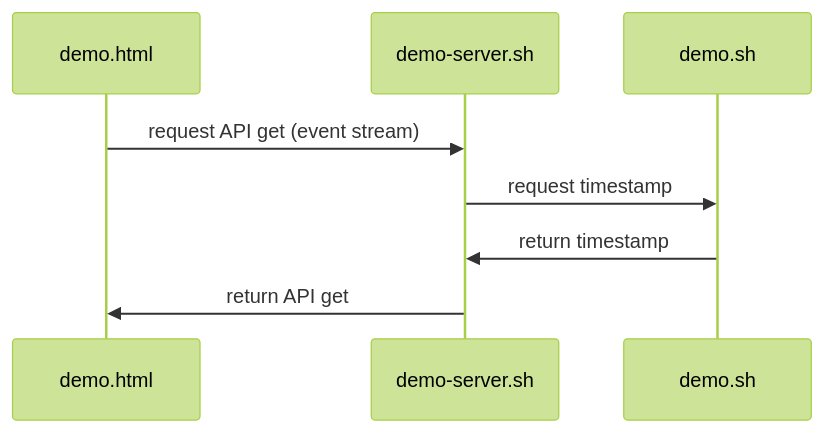
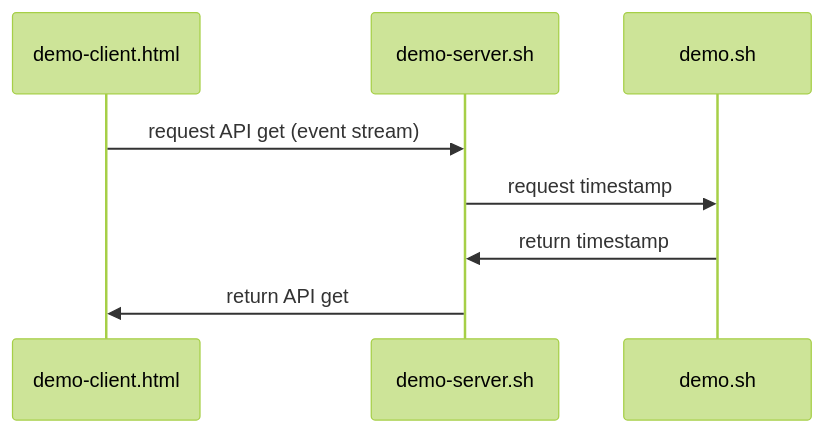
Before and after one commit to acaldero/uc3m_sd: the diagram in distribuido-rest-sse-bash/README.md, drawn with Mermaid (forest theme). The commit also changed other lines of this file and 5 other files, not shown here.

````diff
--- a/distribuido-rest-sse-bash/README.md
+++ b/distribuido-rest-sse-bash/README.md
@@ -67,7 +67,7 @@
 ```mermaid
 sequenceDiagram
-    demo.html      ->> demo-server.sh: request API get (event stream)
-    demo-server.sh ->> demo.sh: request timestamp
-    demo.sh        ->> demo-server.sh: return timestamp
-    demo-server.sh ->> demo.html: return API get
+    demo-client.html  ->> demo-server.sh: request API get (event stream)
+    demo-server.sh    ->> demo.sh: request timestamp
+    demo.sh           ->> demo-server.sh: return timestamp
+    demo-server.sh    ->> demo-client.html: return API get
 ```
````
